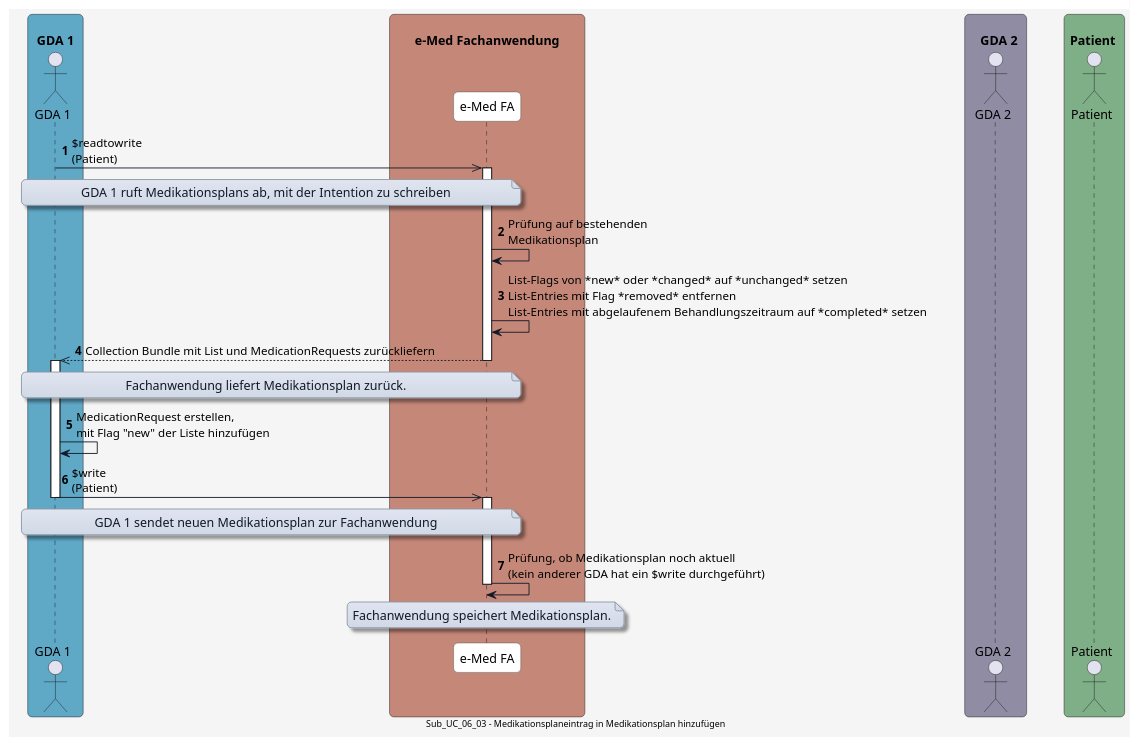
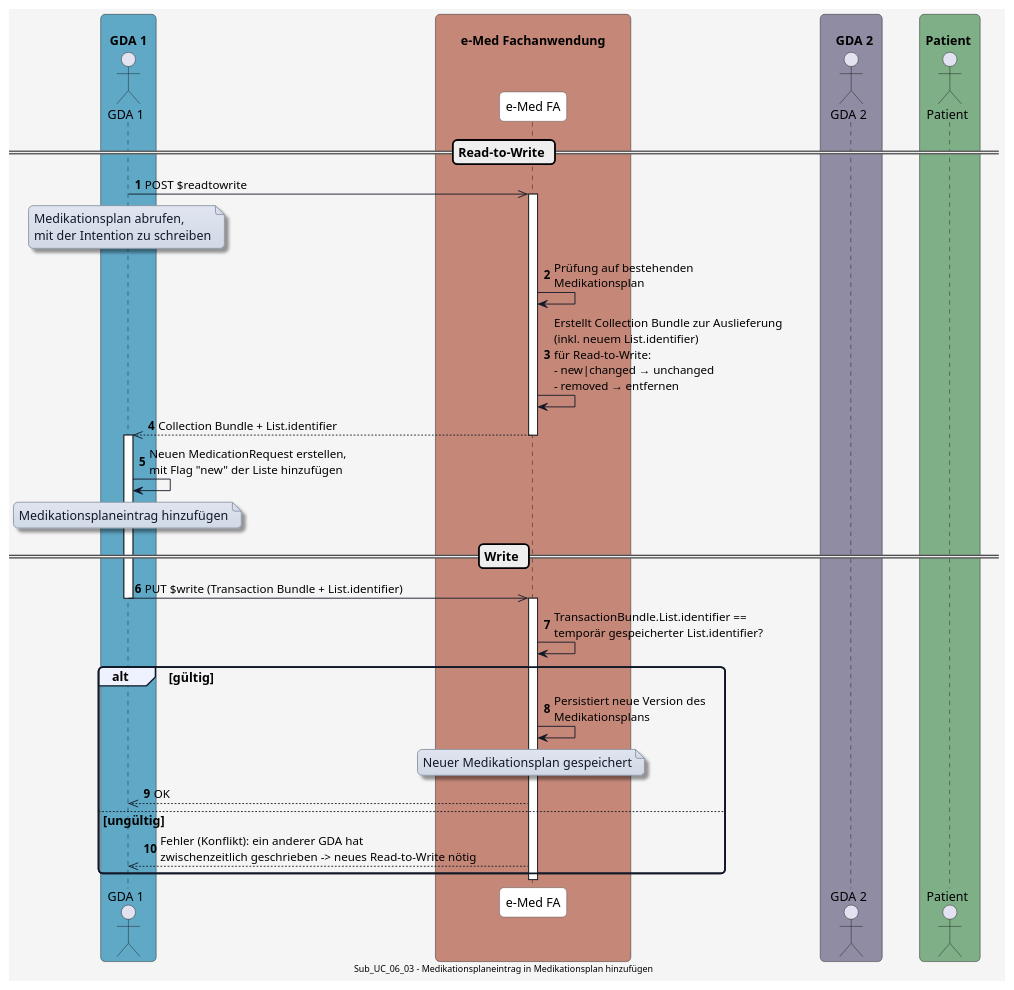
One commit to HL7Austria/ELGA-e-Medikation-R4 changed the diagram in input/images-source/UC_06_03.plantuml. Above: the diagram before and after it, drawn with PlantUML. The commit also changed 3 other files, not shown here.

Commit message:
Modify diagram

```diff
--- a/input/images-source/UC_06_03.plantuml
+++ b/input/images-source/UC_06_03.plantuml
@@ -1,102 +1,107 @@
 @startuml
 skinparam borderColor #000000
 skinparam backgroundColor #f5f5f5
 skinparam shadowing false
 skinparam roundCorner 10
 skinparam defaultFontName "Arial"
 skinparam defaultFontSize 14
 skinparam defaultFontColor #000000
 
 skinparam note {
   BackgroundColor #e0e5f0-#d1d9e6
   BorderColor #8b95a5
   BorderThickness 1
   RoundCorner 8
   Padding 6
   FontColor #111827
   Shadowing true
 }
 
 skinparam HyperlinkColor #0000EE
 skinparam HyperlinkUnderline false
 
 skinparam sequence {
   ParticipantBorderColor #555555
   ParticipantBackgroundColor #ffffff
   ParticipantFontColor #000000
   ParticipantFontSize 14
   ParticipantPadding 20
   ArrowColor #111827
   ArrowThickness 1
   ArrowFontColor #000000
   ArrowFontSize 13
   GroupBorderColor #111827
   GroupBackgroundColor #eef2ff
   GroupBorderThickness 2
 }
 
 skinparam BoxPadding 20
 skinparam BoxBorderColor #555555
 
 box "\n  GDA 1  " #5FA8C6
   actor GDA_1 as "GDA 1"
 end box
 
 box "\n       e-Med Fachanwendung       " #C48778
   participant eMed_FA as "e-Med FA"
 end box
 
 box "\n    GDA 2  " #8F8CA3
   actor GDA_2 as "GDA 2"
 end box
 
 box "\n Patient  " #7FAF87
   actor Patient as "Patient"
 end box
 
 
 autonumber
 
-GDA_1 ->> eMed_FA: $readtowrite\n(Patient)
-note over GDA_1, eMed_FA
-GDA 1 ruft Medikationsplans ab, mit der Intention zu schreiben
+ 
+== Read-to-Write ==
+
+GDA_1 ->> eMed_FA: POST $readtowrite
+note over GDA_1
+Medikationsplan abrufen, 
+mit der Intention zu schreiben
 end note
 
 activate eMed_FA
 eMed_FA -> eMed_FA: Prüfung auf bestehenden\nMedikationsplan
+eMed_FA -> eMed_FA: Erstellt Collection Bundle zur Auslieferung\n(inkl. neuem List.identifier)\nfür Read-to-Write:\n- new|changed → unchanged\n- removed → entfernen
 
-eMed_FA -> eMed_FA: List-Flags von *new* oder *changed* auf *unchanged* setzen\nList-Entries mit Flag *removed* entfernen\nList-Entries mit abgelaufenem Behandlungszeitraum auf *completed* setzen
-
-eMed_FA -->> GDA_1: Collection Bundle mit List und MedicationRequests zurückliefern
-
+eMed_FA -->> GDA_1: Collection Bundle + List.identifier
 deactivate eMed_FA
 
-note over GDA_1, eMed_FA
-Fachanwendung liefert Medikationsplan zurück.
+activate GDA_1
+GDA_1 -> GDA_1: Neuen MedicationRequest erstellen,\nmit Flag "new" der Liste hinzufügen
+
+note over GDA_1
+Medikationsplaneintrag hinzufügen
 end note
 
-activate GDA_1
+== Write ==
 
-GDA_1 -> GDA_1: MedicationRequest erstellen,\nmit Flag "new" der Liste hinzufügen
-
-GDA_1 ->> eMed_FA: $write\n(Patient)
-
+GDA_1 ->> eMed_FA: PUT $write (Transaction Bundle + List.identifier)
 deactivate GDA_1
 
-note over GDA_1, eMed_FA
-GDA 1 sendet neuen Medikationsplan zur Fachanwendung
-end note
 
 activate eMed_FA
+eMed_FA -> eMed_FA: TransactionBundle.List.identifier ==\ntemporär gespeicherter List.identifier?
 
-eMed_FA -> eMed_FA: Prüfung, ob Medikationsplan noch aktuell\n(kein anderer GDA hat ein $write durchgeführt)
+alt gültig
+  eMed_FA -> eMed_FA: Persistiert neue Version des\nMedikationsplans
 
-note over eMed_FA
-Fachanwendung speichert Medikationsplan.
-end note
+  note over eMed_FA
+  Neuer Medikationsplan gespeichert
+  end note
 
+  eMed_FA -->> GDA_1: OK
+else ungültig
+  eMed_FA -->> GDA_1: Fehler (Konflikt): ein anderer GDA hat\nzwischenzeitlich geschrieben -> neues Read-to-Write nötig
+end
 deactivate eMed_FA
 
 center footer Sub_UC_06_03 - Medikationsplaneintrag in Medikationsplan hinzufügen
 
 @enduml
```
